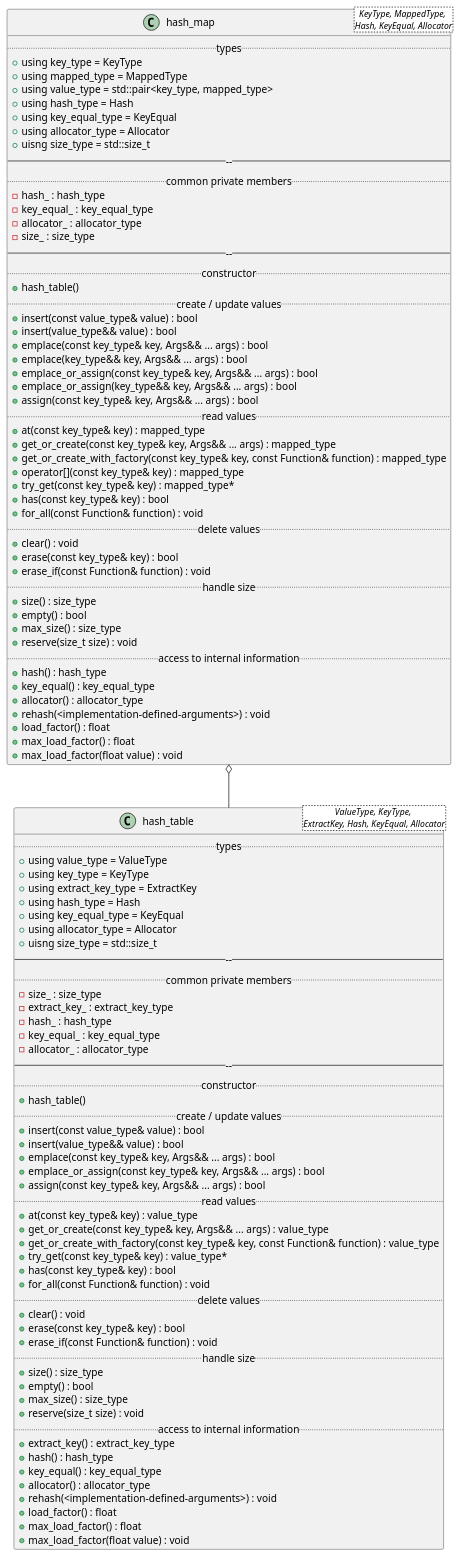
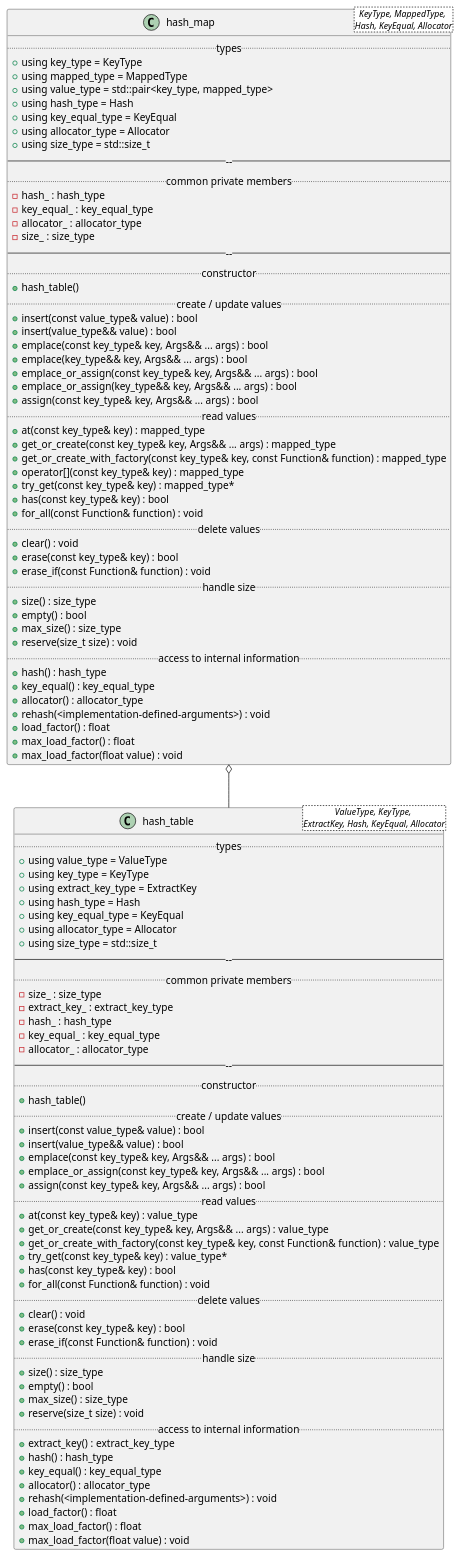
Before and after one commit to MusicScience37/cpp-hash-tables: the diagram in doc/sphinx/src/design/class_diagrams/full_hash_table.puml, drawn with PlantUML. The commit also changed 13 other files, not shown here.

```diff
--- a/doc/sphinx/src/design/class_diagrams/full_hash_table.puml
+++ b/doc/sphinx/src/design/class_diagrams/full_hash_table.puml
@@ -1,109 +1,109 @@
 @startuml FullHashTable
 
 class hash_table<ValueType, KeyType, \nExtractKey, Hash, KeyEqual, Allocator> {
     .. types ..
     + using value_type = ValueType
     + using key_type = KeyType
     + using extract_key_type = ExtractKey
     + using hash_type = Hash
     + using key_equal_type = KeyEqual
     + using allocator_type = Allocator
-    + uisng size_type = std::size_t
+    + using size_type = std::size_t
     ------
     .. common private members ..
     - size_ : size_type
     - extract_key_ : extract_key_type
     - hash_ : hash_type
     - key_equal_ : key_equal_type
     - allocator_ : allocator_type
     ------
     .. constructor ..
     + hash_table()
     .. create / update values ..
     + insert(const value_type& value) : bool
     + insert(value_type&& value) : bool
     + emplace(const key_type& key, Args&& ... args) : bool
     + emplace_or_assign(const key_type& key, Args&& ... args) : bool
     + assign(const key_type& key, Args&& ... args) : bool
     .. read values ..
     + at(const key_type& key) : value_type
     + get_or_create(const key_type& key, Args&& ... args) : value_type
     + get_or_create_with_factory(const key_type& key, const Function& function) : value_type
     + try_get(const key_type& key) : value_type*
     + has(const key_type& key) : bool
     + for_all(const Function& function) : void
     .. delete values ..
     + clear() : void
     + erase(const key_type& key) : bool
     + erase_if(const Function& function) : void
     .. handle size ..
     + size() : size_type
     + empty() : bool
     + max_size() : size_type
     + reserve(size_t size) : void
     .. access to internal information ..
     + extract_key() : extract_key_type
     + hash() : hash_type
     + key_equal() : key_equal_type
     + allocator() : allocator_type
     + rehash(<implementation-defined-arguments>) : void
     + load_factor() : float
     + max_load_factor() : float
     + max_load_factor(float value) : void
 }
 
 class hash_map<KeyType, MappedType, \nHash, KeyEqual, Allocator> {
     .. types ..
     + using key_type = KeyType
     + using mapped_type = MappedType
     + using value_type = std::pair<key_type, mapped_type>
     + using hash_type = Hash
     + using key_equal_type = KeyEqual
     + using allocator_type = Allocator
-    + uisng size_type = std::size_t
+    + using size_type = std::size_t
     ------
     .. common private members ..
     - hash_ : hash_type
     - key_equal_ : key_equal_type
     - allocator_ : allocator_type
     - size_ : size_type
     ------
     .. constructor ..
     + hash_table()
     .. create / update values ..
     + insert(const value_type& value) : bool
     + insert(value_type&& value) : bool
     + emplace(const key_type& key, Args&& ... args) : bool
     + emplace(key_type&& key, Args&& ... args) : bool
     + emplace_or_assign(const key_type& key, Args&& ... args) : bool
     + emplace_or_assign(key_type&& key, Args&& ... args) : bool
     + assign(const key_type& key, Args&& ... args) : bool
     .. read values ..
     + at(const key_type& key) : mapped_type
     + get_or_create(const key_type& key, Args&& ... args) : mapped_type
     + get_or_create_with_factory(const key_type& key, const Function& function) : mapped_type
     + operator[](const key_type& key) : mapped_type
     + try_get(const key_type& key) : mapped_type*
     + has(const key_type& key) : bool
     + for_all(const Function& function) : void
     .. delete values ..
     + clear() : void
     + erase(const key_type& key) : bool
     + erase_if(const Function& function) : void
     .. handle size ..
     + size() : size_type
     + empty() : bool
     + max_size() : size_type
     + reserve(size_t size) : void
     .. access to internal information ..
     + hash() : hash_type
     + key_equal() : key_equal_type
     + allocator() : allocator_type
     + rehash(<implementation-defined-arguments>) : void
     + load_factor() : float
     + max_load_factor() : float
     + max_load_factor(float value) : void
 }
 hash_map o-- hash_table
 
 @enduml
```
